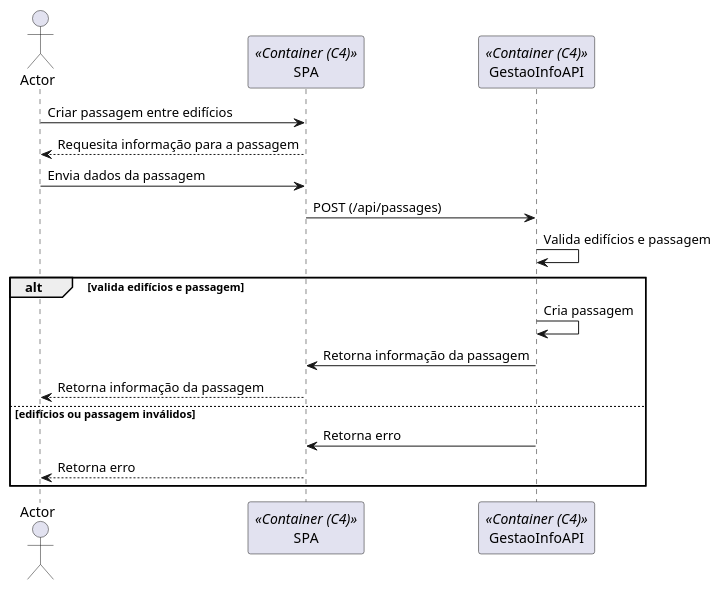
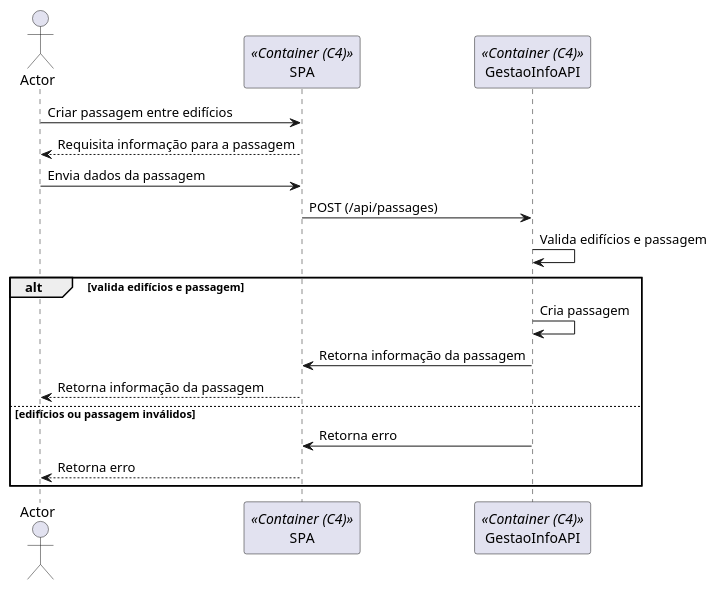
The diagram in docs/nivel2/N2_US240.puml (ruben1132/PI5_23-24), drawn with PlantUML before and after one commit. The commit also changed 8 other files, not shown here.

```diff
--- a/docs/nivel2/N2_US240.puml
+++ b/docs/nivel2/N2_US240.puml
@@ -1,25 +1,25 @@
 @startuml
 
 actor Actor as Actor
 participant "SPA" as Container <<Container (C4)>>
 participant "GestaoInfoAPI" as API <<Container (C4)>>
 
 Actor -> Container: Criar passagem entre edifícios
-Container --> Actor: Requesita informação para a passagem
+Container --> Actor: Requisita informação para a passagem
 
 Actor -> Container: Envia dados da passagem
 Container -> API: POST (/api/passages)
 
 API -> API: Valida edifícios e passagem
 
 alt valida edifícios e passagem
 
     API -> API: Cria passagem
     API -> Container: Retorna informação da passagem
     Container --> Actor: Retorna informação da passagem
 else edifícios ou passagem inválidos
     API -> Container: Retorna erro
     Container --> Actor: Retorna erro
 end
 
 @enduml
```
